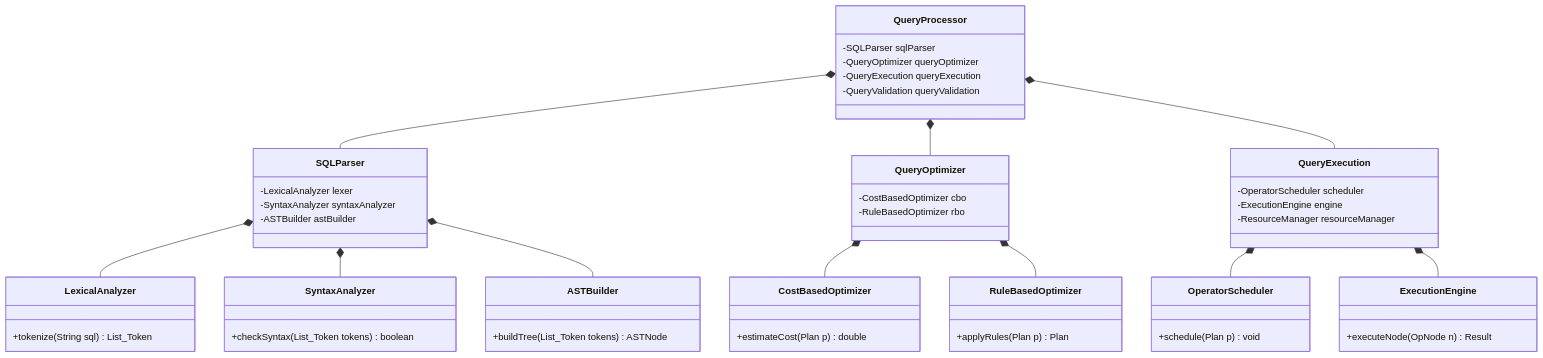
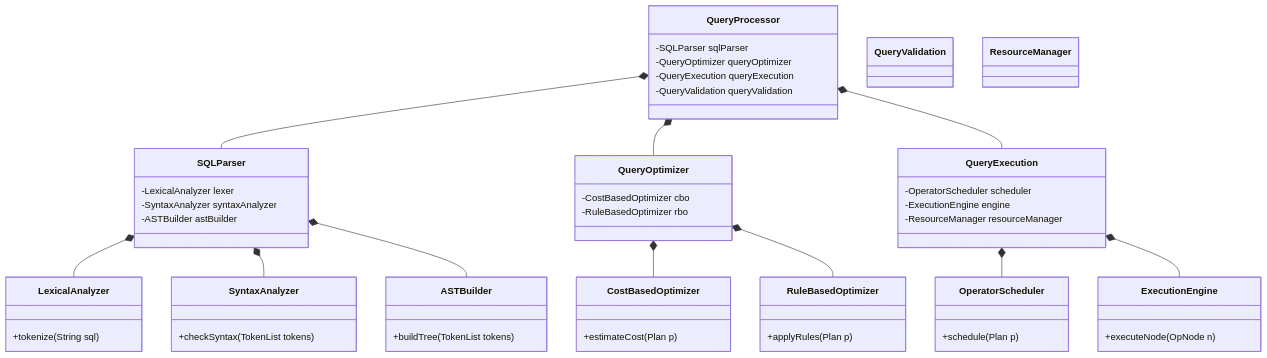
Before and after one commit to TamBui1706/DBMS: the third of 9 diagrams in README.md, drawn with Mermaid. The commit also changed other lines of this file, not shown here.

Commit message:
Fix GitHub Mermaid strict parser issues: explicitly define all referenced classes in classDiagrams, simplify types

````diff
--- a/README.md
+++ b/README.md
@@ -438,55 +466,57 @@
 ```mermaid
 classDiagram
     class QueryProcessor {
         -SQLParser sqlParser
         -QueryOptimizer queryOptimizer
         -QueryExecution queryExecution
         -QueryValidation queryValidation
     }
     class SQLParser {
         -LexicalAnalyzer lexer
         -SyntaxAnalyzer syntaxAnalyzer
         -ASTBuilder astBuilder
     }
     class LexicalAnalyzer {
-        +tokenize(String sql) List_Token
+        +tokenize(String sql)
     }
     class SyntaxAnalyzer {
-        +checkSyntax(List_Token tokens) boolean
+        +checkSyntax(TokenList tokens)
     }
     class ASTBuilder {
-        +buildTree(List_Token tokens) ASTNode
+        +buildTree(TokenList tokens)
     }
     class QueryOptimizer {
         -CostBasedOptimizer cbo
         -RuleBasedOptimizer rbo
     }
     class CostBasedOptimizer {
-        +estimateCost(Plan p) double
+        +estimateCost(Plan p)
     }
     class RuleBasedOptimizer {
-        +applyRules(Plan p) Plan
+        +applyRules(Plan p)
     }
     class QueryExecution {
         -OperatorScheduler scheduler
         -ExecutionEngine engine
         -ResourceManager resourceManager
     }
     class OperatorScheduler {
-        +schedule(Plan p) void
+        +schedule(Plan p)
     }
     class ExecutionEngine {
-        +executeNode(OpNode n) Result
+        +executeNode(OpNode n)
     }
 
     QueryProcessor *-- SQLParser
     QueryProcessor *-- QueryOptimizer
     QueryProcessor *-- QueryExecution
     SQLParser *-- LexicalAnalyzer
     SQLParser *-- SyntaxAnalyzer
     SQLParser *-- ASTBuilder
     QueryOptimizer *-- CostBasedOptimizer
     QueryOptimizer *-- RuleBasedOptimizer
     QueryExecution *-- OperatorScheduler
     QueryExecution *-- ExecutionEngine
+    class QueryValidation
+    class ResourceManager
 ```
````
